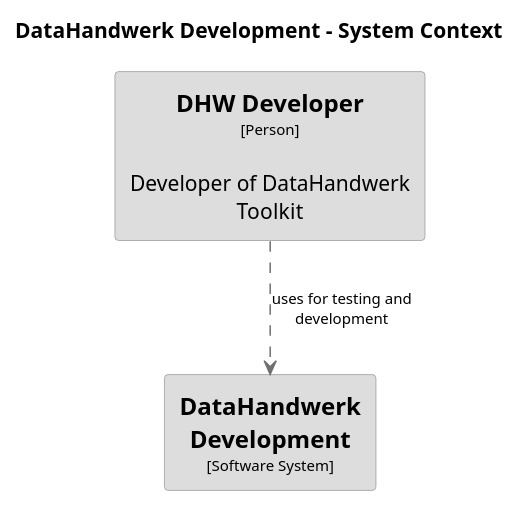
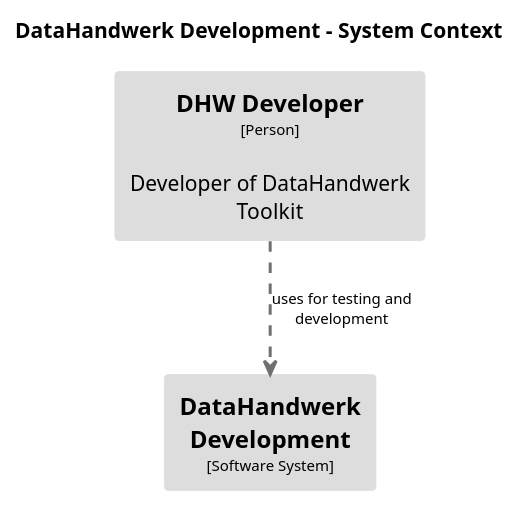
The diagram in docs/modules/arc/partials/c4_dsl/puml/structurizr-DataHandwerkDevelopment-SystemContext.puml (DataHandwerk/dhw-antora-docs), drawn with PlantUML before and after one commit. The commit also changed 2689 other files, not shown here.

```diff
--- a/docs/modules/arc/partials/c4_dsl/puml/structurizr-DataHandwerkDevelopment-SystemContext.puml
+++ b/docs/modules/arc/partials/c4_dsl/puml/structurizr-DataHandwerkDevelopment-SystemContext.puml
@@ -1,26 +1,26 @@
 @startuml(id=DataHandwerkDevelopment-SystemContext)
 title DataHandwerk Development - System Context
 
 skinparam {
   shadowing false
   arrowFontSize 10
   defaultTextAlignment center
   wrapWidth 200
   maxMessageSize 100
 }
 hide stereotype
 top to bottom direction
-skinparam rectangle<<28>> {
+skinparam rectangle<<31>> {
   BackgroundColor #dddddd
   FontColor #000000
-  BorderColor #9A9A9A
+  BorderColor #dddddd
 }
-skinparam rectangle<<29>> {
+skinparam rectangle<<32>> {
   BackgroundColor #dddddd
   FontColor #000000
-  BorderColor #9A9A9A
+  BorderColor #dddddd
 }
-rectangle "==DHW Developer\n<size:10>[Person]</size>\n\nDeveloper of DataHandwerk Toolkit" <<28>> as 28
-rectangle "==DataHandwerk Development\n<size:10>[Software System]</size>" <<29>> as 29
-28 .[#707070].> 29 : "uses for testing and development"
+rectangle "==DHW Developer\n<size:10>[Person]</size>\n\nDeveloper of DataHandwerk Toolkit" <<31>> as 31
+rectangle "==DataHandwerk Development\n<size:10>[Software System]</size>" <<32>> as 32
+31 .[#707070,thickness=2].> 32 : "uses for testing and development"
 @enduml
```
